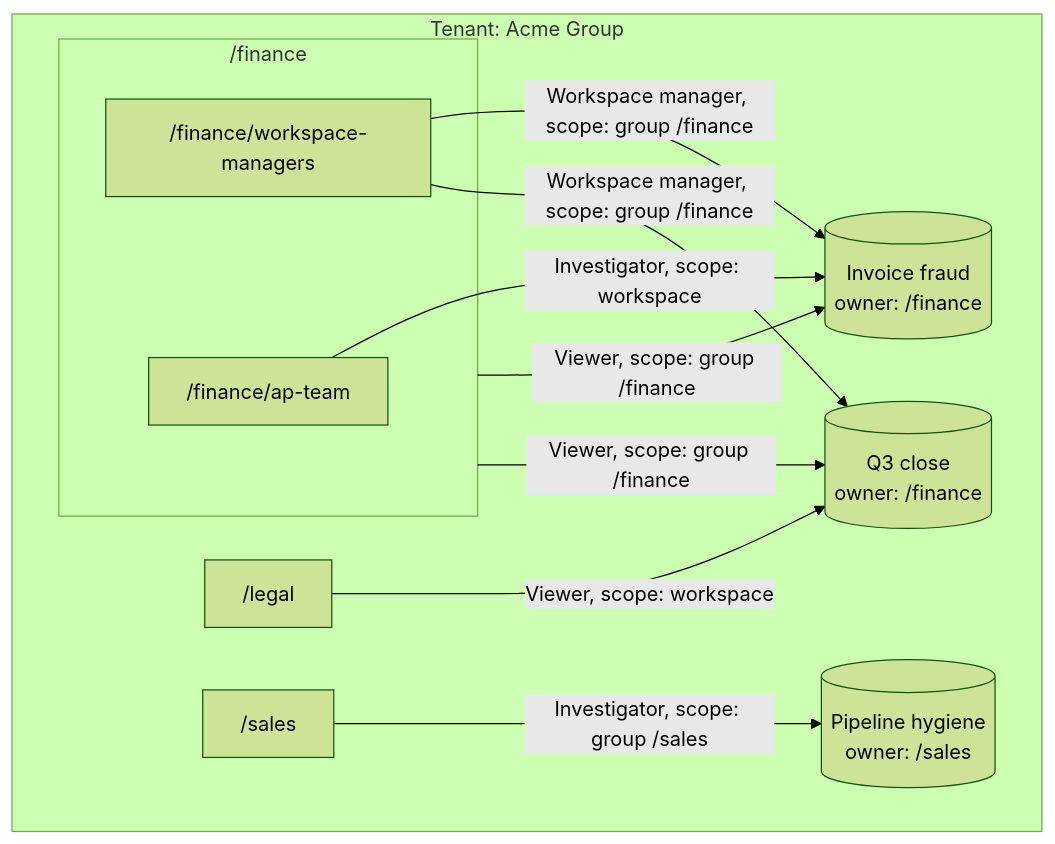
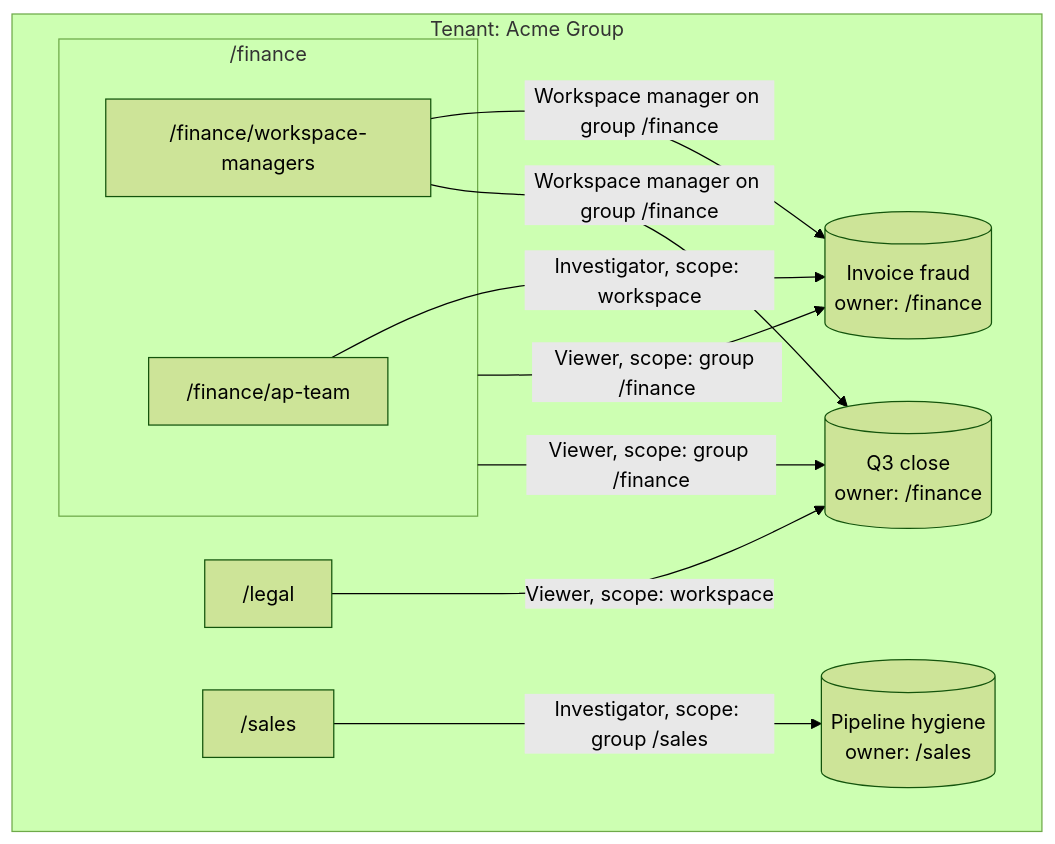
One commit to classifyre/classifyre changed the third of 8 diagrams in docs/prd/IAM-access-management.md. Above: the diagram before and after it, drawn with Mermaid (forest theme). The commit also changed other lines of this file and 26 other files, not shown here.

````diff
--- a/docs/prd/IAM-access-management.md
+++ b/docs/prd/IAM-access-management.md
@@ -197,21 +197,21 @@
 ```mermaid
 flowchart TB
   subgraph T["Tenant: Acme Group"]
     subgraph FG["/finance"]
       FM["/finance/workspace-managers"]
       FA["/finance/ap-team"]
     end
     SG["/sales"]
     LG["/legal"]
     W1[("Invoice fraud<br/>owner: /finance")]
     W2[("Q3 close<br/>owner: /finance")]
     W3[("Pipeline hygiene<br/>owner: /sales")]
   end
   FG -- "Viewer, scope: group /finance" --> W1
   FG -- "Viewer, scope: group /finance" --> W2
-  FM -- "Workspace manager, scope: group /finance" --> W1
-  FM -- "Workspace manager, scope: group /finance" --> W2
+  FM -- "Workspace manager on group /finance" --> W1
+  FM -- "Workspace manager on group /finance" --> W2
   FA -- "Investigator, scope: workspace" --> W1
   LG -- "Viewer, scope: workspace" --> W2
   SG -- "Investigator, scope: group /sales" --> W3
 ```
````
